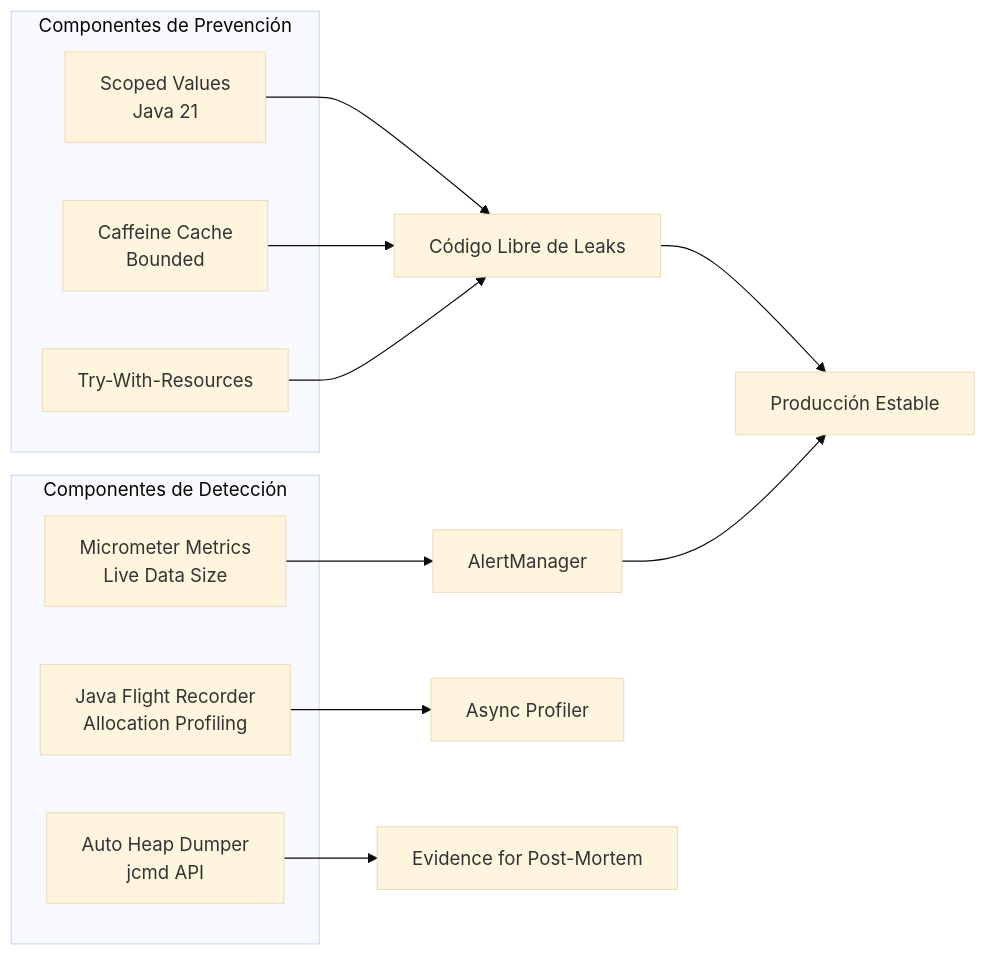
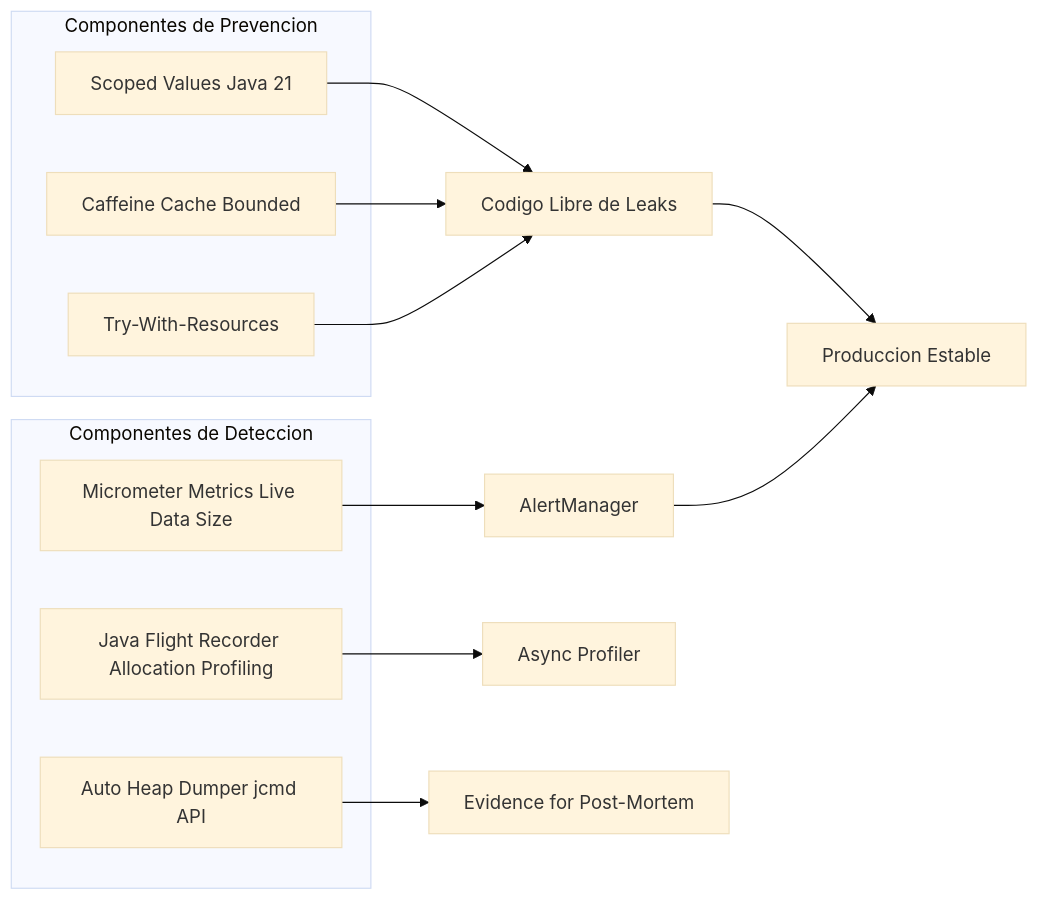
Before and after one commit to Joaquinriosheredia/DAM-Java-Mastery: the second of 4 diagrams in 01_Java_Core/memory_leaks_reales_en_java_deteccion_y_solucion_con_visualvm_STAFF.md, drawn with Mermaid (base theme). The commit also changed other lines of this file, not shown here.

Commit message:
memory_leaks_reales_en_java_deteccion_y_solucion_con_visualvm_STAFF.md

````diff
--- a/01_Java_Core/memory_leaks_reales_en_java_deteccion_y_solucion_con_visualvm_STAFF.md
+++ b/01_Java_Core/memory_leaks_reales_en_java_deteccion_y_solucion_con_visualvm_STAFF.md
@@ -93,25 +112,25 @@
 ```mermaid
 graph LR
-    subgraph "Componentes de Prevención"
-        SCOPED[Scoped Values<br>Java 21]
-        CAFFEINE[Caffeine Cache<br>Bounded]
+    subgraph "Componentes de Prevencion"
+        SCOPED[Scoped Values Java 21]
+        CAFFEINE[Caffeine Cache Bounded]
         TRYWITH[Try-With-Resources]
     end
     
-    subgraph "Componentes de Detección"
-        METRICS[Micrometer Metrics<br>Live Data Size]
-        JFR[Java Flight Recorder<br>Allocation Profiling]
-        DUMPER[Auto Heap Dumper<br>jcmd API]
+    subgraph "Componentes de Deteccion"
+        METRICS[Micrometer Metrics Live Data Size]
+        JFR[Java Flight Recorder Allocation Profiling]
+        DUMPER[Auto Heap Dumper jcmd API]
     end
     
-    SCOPED --> SAFE[Código Libre de Leaks]
+    SCOPED --> SAFE[Codigo Libre de Leaks]
     CAFFEINE --> SAFE
     TRYWITH --> SAFE
     
     METRICS --> ALERT[AlertManager]
     JFR --> ANALYSIS[Async Profiler]
     DUMPER --> FORENSIC[Evidence for Post-Mortem]
     
-    SAFE --> PROD[Producción Estable]
+    SAFE --> PROD[Produccion Estable]
     ALERT --> PROD
 ```
````
